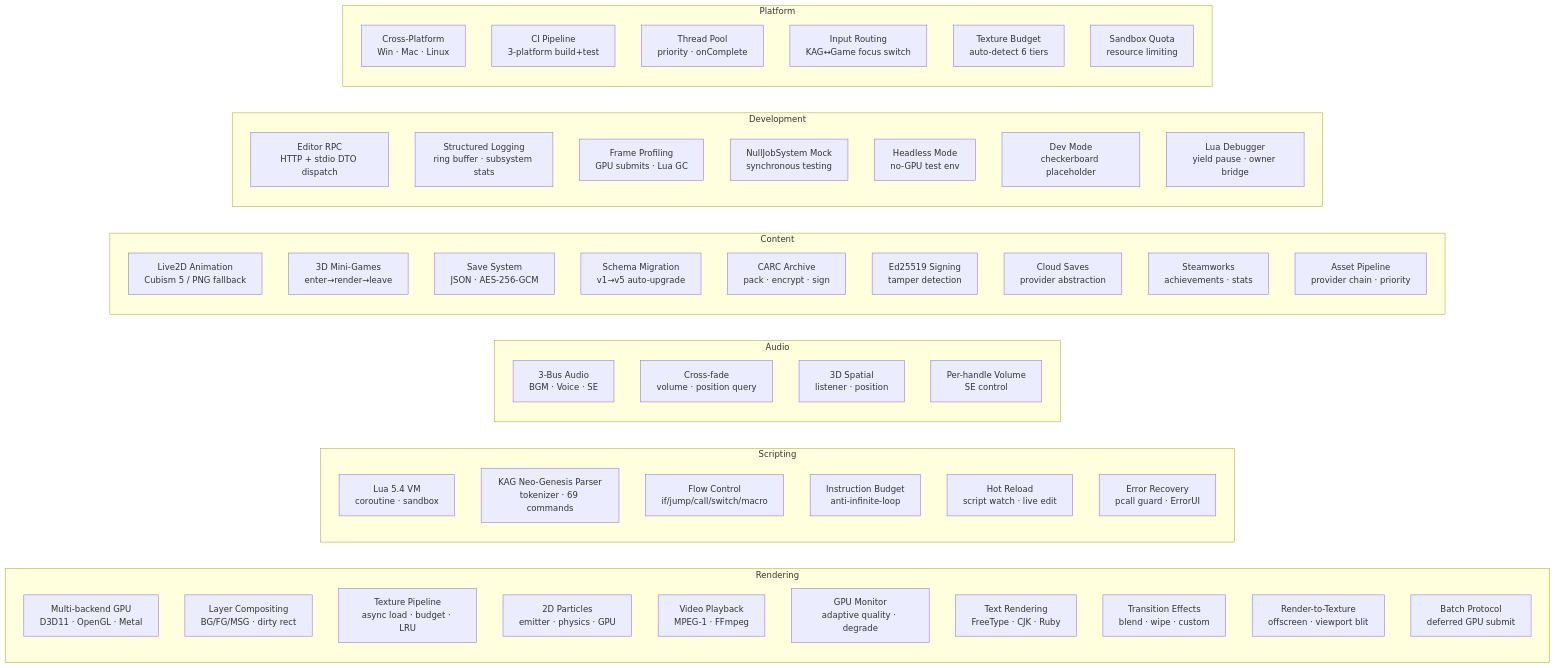
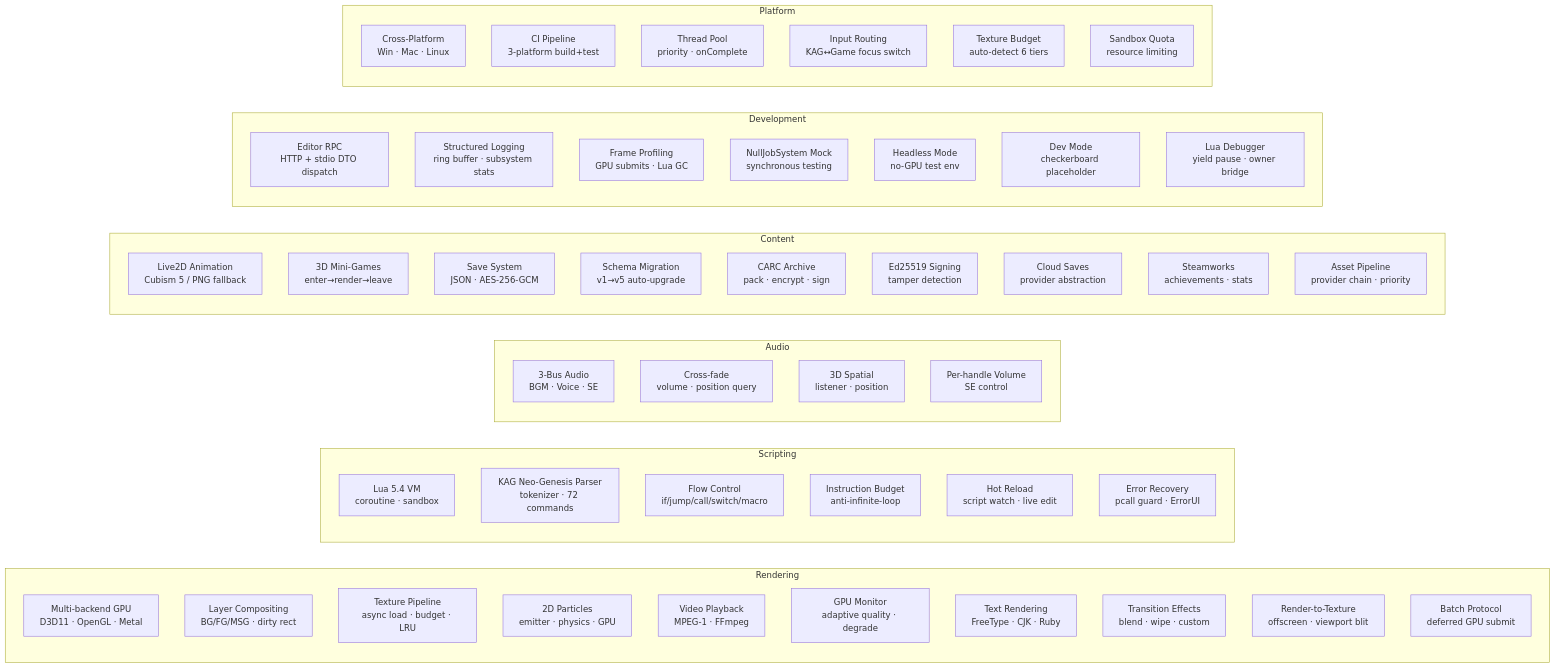
Before and after one commit to ailiasdesu/Caesura-AmeKAG: the diagram in docs/design/engine-capability-matrix.md, drawn with Mermaid. The commit also changed other lines of this file and 2 other files, not shown here.

````diff
--- a/docs/design/engine-capability-matrix.md
+++ b/docs/design/engine-capability-matrix.md
@@ -17,62 +17,62 @@
 ```mermaid
 graph LR
     subgraph "Rendering"
         r1["Multi-backend GPU<br/>D3D11 · OpenGL · Metal"]
         r2["Layer Compositing<br/>BG/FG/MSG · dirty rect"]
         r3["Texture Pipeline<br/>async load · budget · LRU"]
         r4["2D Particles<br/>emitter · physics · GPU"]
         r5["Video Playback<br/>MPEG-1 · FFmpeg"]
         r6["GPU Monitor<br/>adaptive quality · degrade"]
         r7["Text Rendering<br/>FreeType · CJK · Ruby"]
         r8["Transition Effects<br/>blend · wipe · custom"]
         r9["Render-to-Texture<br/>offscreen · viewport blit"]
         r10["Batch Protocol<br/>deferred GPU submit"]
     end
 
     subgraph "Scripting"
         s1["Lua 5.4 VM<br/>coroutine · sandbox"]
-        s2["KAG Neo-Genesis Parser<br/>tokenizer · 69 commands"]
+        s2["KAG Neo-Genesis Parser<br/>tokenizer · 72 commands"]
         s3["Flow Control<br/>if/jump/call/switch/macro"]
         s4["Instruction Budget<br/>anti-infinite-loop"]
         s5["Hot Reload<br/>script watch · live edit"]
         s6["Error Recovery<br/>pcall guard · ErrorUI"]
     end
 
     subgraph "Audio"
         a1["3-Bus Audio<br/>BGM · Voice · SE"]
         a2["Cross-fade<br/>volume · position query"]
         a3["3D Spatial<br/>listener · position"]
         a4["Per-handle Volume<br/>SE control"]
     end
 
     subgraph "Content"
         c1["Live2D Animation<br/>Cubism 5 / PNG fallback"]
         c2["3D Mini-Games<br/>enter→render→leave"]
         c3["Save System<br/>JSON · AES-256-GCM"]
         c4["Schema Migration<br/>v1→v5 auto-upgrade"]
         c5["CARC Archive<br/>pack · encrypt · sign"]
         c6["Ed25519 Signing<br/>tamper detection"]
         c7["Cloud Saves<br/>provider abstraction"]
         c8["Steamworks<br/>achievements · stats"]
         c9["Asset Pipeline<br/>provider chain · priority"]
     end
 
     subgraph "Development"
         d1["Editor RPC<br/>HTTP + stdio DTO dispatch"]
         d2["Structured Logging<br/>ring buffer · subsystem stats"]
         d3["Frame Profiling<br/>GPU submits · Lua GC"]
         d4["NullJobSystem Mock<br/>synchronous testing"]
         d5["Headless Mode<br/>no-GPU test env"]
         d6["Dev Mode<br/>checkerboard placeholder"]
         d7["Lua Debugger<br/>yield pause · owner bridge"]
     end
 
     subgraph "Platform"
         p1["Cross-Platform<br/>Win · Mac · Linux"]
         p2["CI Pipeline<br/>3-platform build+test"]
         p3["Thread Pool<br/>priority · onComplete"]
         p4["Input Routing<br/>KAG↔Game focus switch"]
         p5["Texture Budget<br/>auto-detect 6 tiers"]
         p6["Sandbox Quota<br/>resource limiting"]
     end
 ```
````
